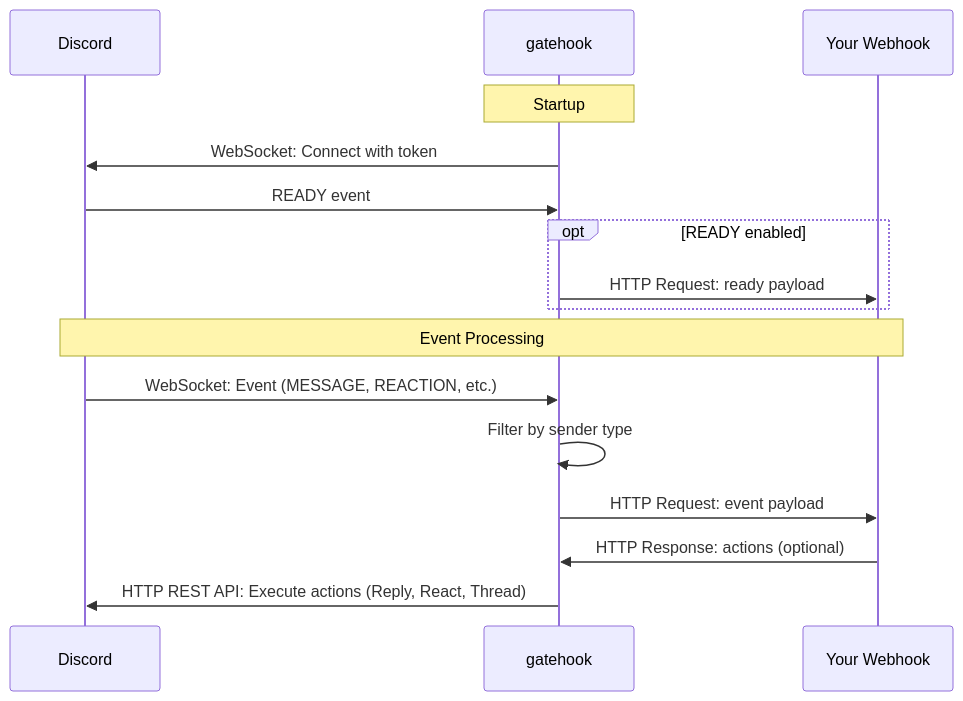
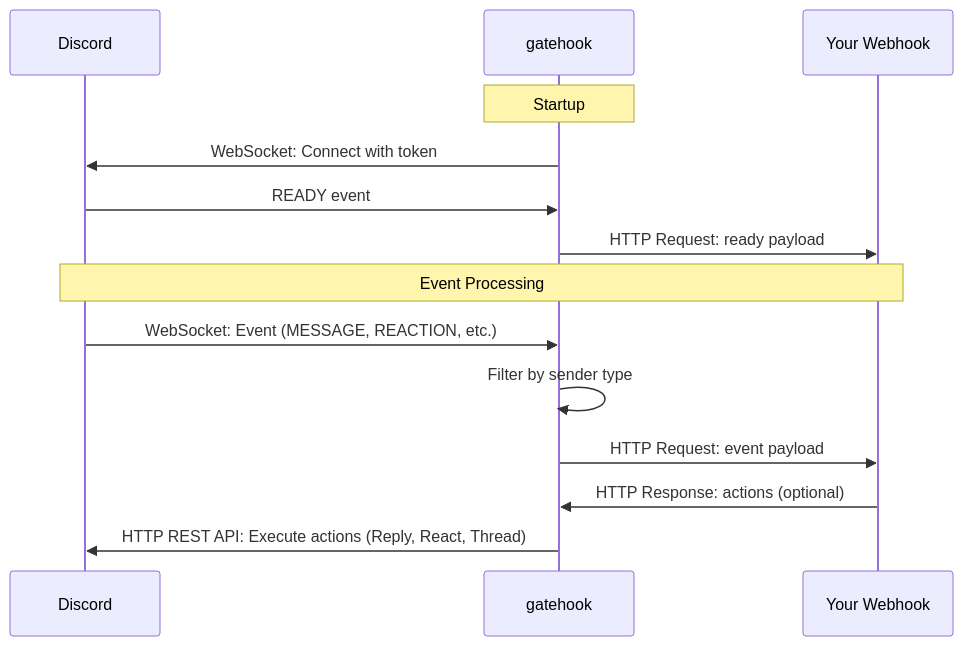
The diagram in README.md (a24k/gatehook), drawn with Mermaid before and after one commit.

Commit message:
docs: Remove opt block from READY event in diagram
Simplified the sequence diagram by removing the conditional
block around READY event forwarding, as all events are
controlled by environment variables (not just READY).

🤖 Generated with [Claude Code](https://claude.com/claude-code)

````diff
--- a/README.md
+++ b/README.md
@@ -20,20 +20,18 @@
 ```mermaid
 sequenceDiagram
     participant Discord
     participant gatehook
     participant Your Webhook
 
     Note over gatehook: Startup
     gatehook->>Discord: WebSocket: Connect with token
     Discord->>gatehook: READY event
-    opt READY enabled
-        gatehook->>Your Webhook: HTTP Request: ready payload
-    end
+    gatehook->>Your Webhook: HTTP Request: ready payload
 
     Note over Discord,Your Webhook: Event Processing
     Discord->>gatehook: WebSocket: Event (MESSAGE, REACTION, etc.)
     gatehook->>gatehook: Filter by sender type
     gatehook->>Your Webhook: HTTP Request: event payload
     Your Webhook->>gatehook: HTTP Response: actions (optional)
     gatehook->>Discord: HTTP REST API: Execute actions (Reply, React, Thread)
 ```
````
